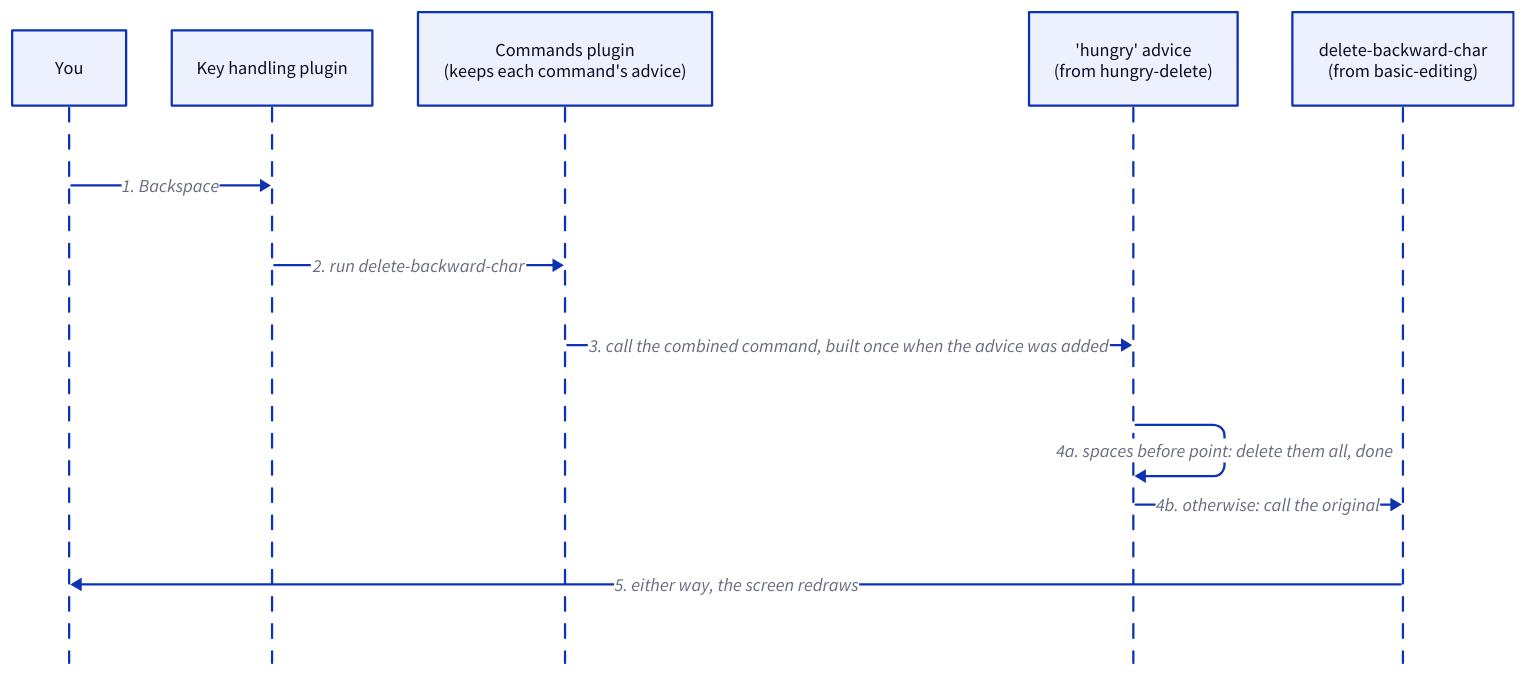
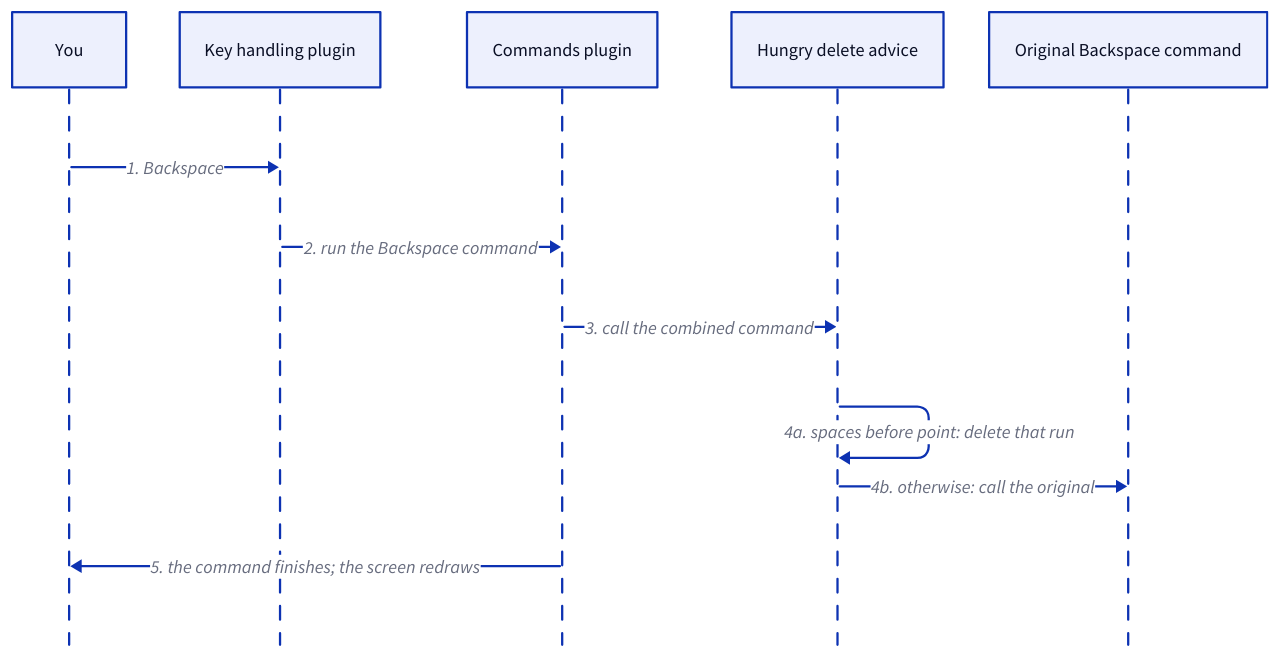
The diagram in docs/diagrams/advice-backspace.d2 (jaybonthius/tuna), drawn with D2 before and after one commit. The commit also changed 9 other files, not shown here.

```diff
--- a/docs/diagrams/advice-backspace.d2
+++ b/docs/diagrams/advice-backspace.d2
@@ -1,21 +1,21 @@
 # What happens when you press Backspace with the hungry-delete plugin on?
 vars: {
   d2-config: {
     layout-engine: dagre
     theme-id: 0
   }
 }
 shape: sequence_diagram
 
 you: "You"
 keys: "Key handling plugin"
-commands: "Commands plugin\n(keeps each command's advice)"
-hungry: "'hungry' advice\n(from hungry-delete)"
-original: "delete-backward-char\n(from basic-editing)"
+commands: "Commands plugin"
+hungry: "Hungry delete advice"
+original: "Original Backspace command"
 
 you -> keys: "1. Backspace"
-keys -> commands: "2. run delete-backward-char"
-commands -> hungry: "3. call the combined command, built once when the advice was added"
-hungry -> hungry: "4a. spaces before point: delete them all, done"
+keys -> commands: "2. run the Backspace command"
+commands -> hungry: "3. call the combined command"
+hungry -> hungry: "4a. spaces before point: delete that run"
 hungry -> original: "4b. otherwise: call the original"
-original -> you: "5. either way, the screen redraws"
+commands -> you: "5. the command finishes; the screen redraws"
```
